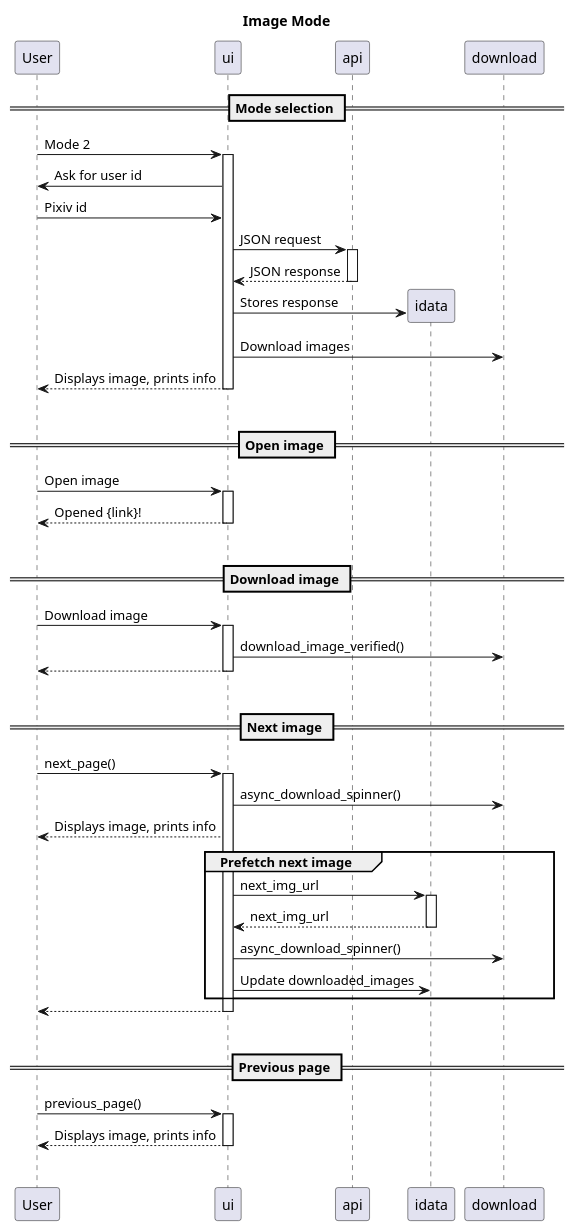
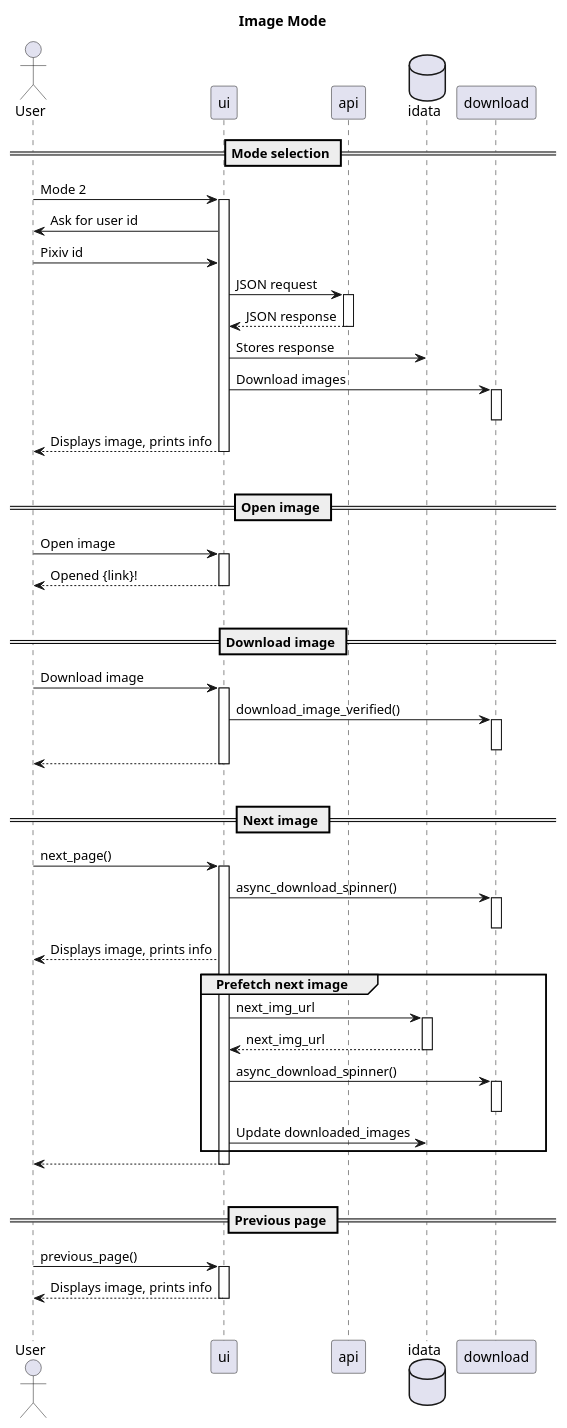
Before and after one commit to akazukin5151/koneko-old: the diagram in puml/image.puml, drawn with PlantUML. The commit also changed 3 other files, not shown here.

Commit message:
More detailed actor uml diagrams

```diff
--- a/puml/image.puml
+++ b/puml/image.puml
@@ -1,45 +1,54 @@
 @startuml
 title Image Mode
 
 == Mode selection ==
+actor User
 User -> ui ++: Mode 2
 ui -> User: Ask for user id
 User -> ui: Pixiv id
 ui -> api ++: JSON request
 return JSON response
-create idata
+database idata
 ui -> idata: Stores response
 ui -> download: Download images
+activate download
+deactivate download
 return Displays image, prints info
 |||
 
 == Open image ==
 User -> ui ++: Open image
 return Opened {link}!
 |||
 
 == Download image ==
 User -> ui ++: Download image
 ui -> download: download_image_verified()
+activate download
+deactivate download
 return
 |||
 
 == Next image ==
 User -> ui ++: next_page()
 ui -> download: async_download_spinner()
+activate download
+deactivate download
 ui --> User: Displays image, prints info
 group Prefetch next image
     ui -> idata ++: next_img_url
     return next_img_url
     ui -> download: async_download_spinner()
+    activate download
+    deactivate download
     ui -> idata: Update downloaded_images
 end
 return
 |||
 
 == Previous page ==
 User -> ui ++: previous_page()
 return Displays image, prints info
 |||
 
 @enduml
```
